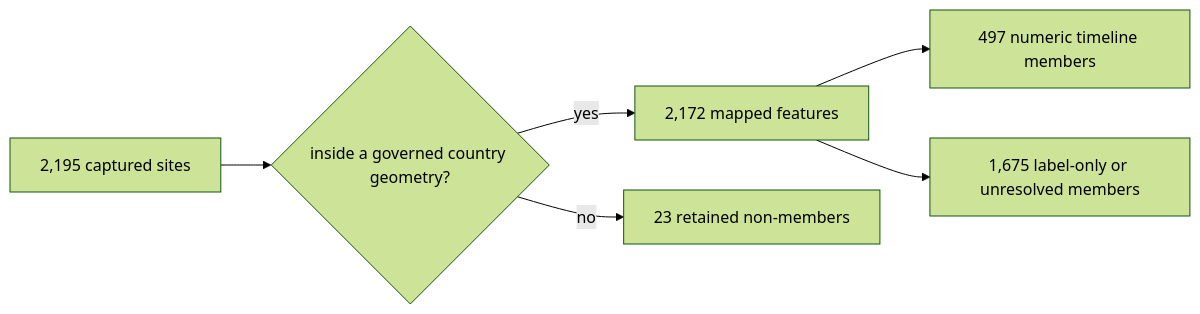
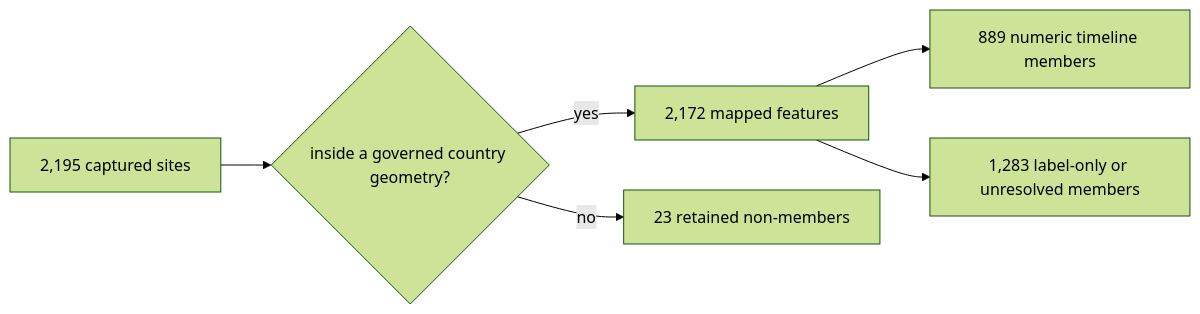
Before and after one commit to bijux/bijux-pollenomics: the third of 3 diagrams in docs/public/pollenomics-data/sources/sead.md, drawn with Mermaid (forest theme). The commit also changed other lines of this file and 32 other files, not shown here.

````diff
--- a/docs/public/pollenomics-data/sources/sead.md
+++ b/docs/public/pollenomics-data/sources/sead.md
@@ -156,8 +160,8 @@
 ```mermaid
 flowchart LR
     Capture["2,195 captured sites"] --> Coordinate{"inside a governed country geometry?"}
     Coordinate -->|yes| Map["2,172 mapped features"]
     Coordinate -->|no| Retained["23 retained non-members"]
-    Map --> Timed["497 numeric timeline members"]
-    Map --> Context["1,675 label-only or unresolved members"]
+    Map --> Timed["889 numeric timeline members"]
+    Map --> Context["1,283 label-only or unresolved members"]
 ```
````
